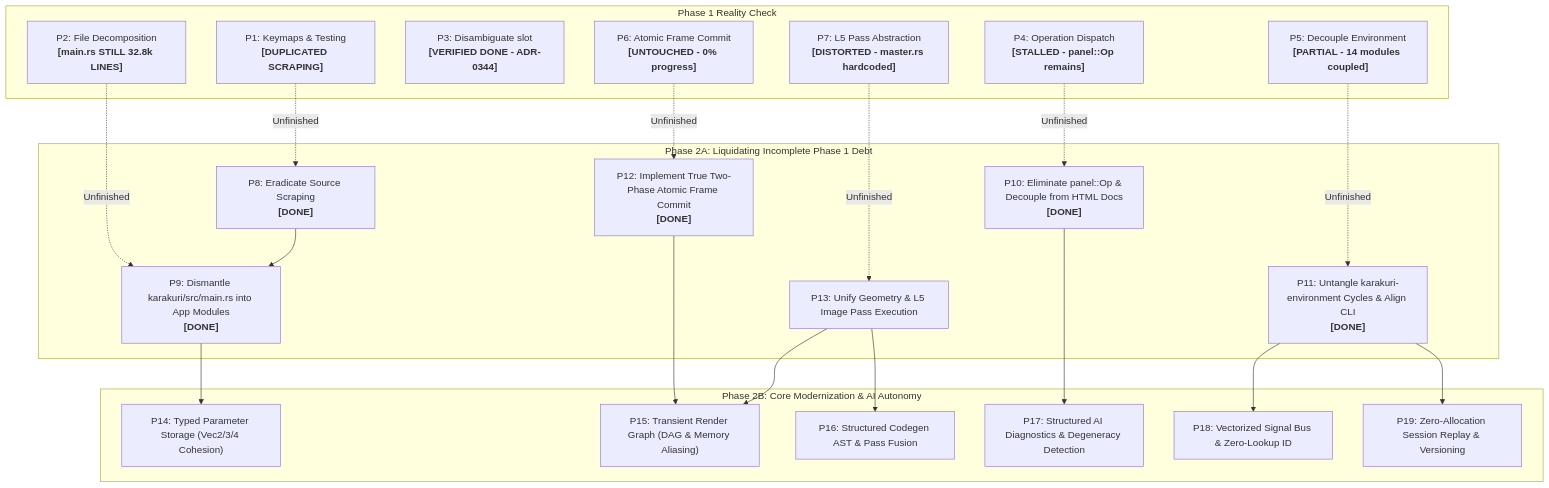
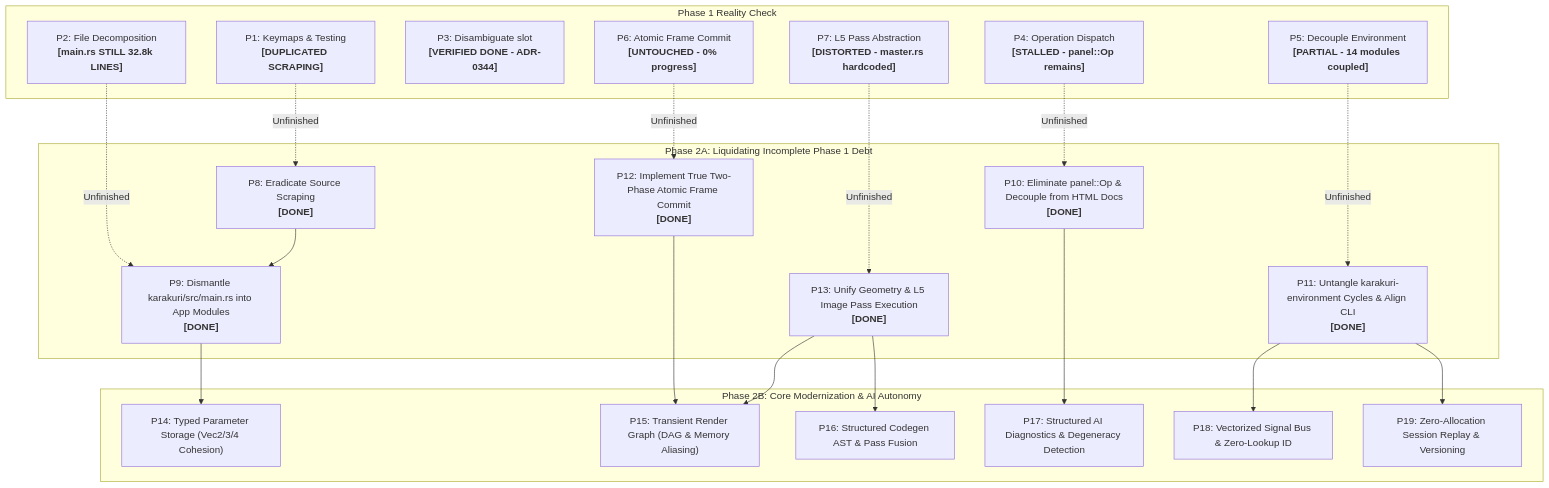
The diagram in docs/refactoring.md (toyoshim-i/Karakuri), drawn with Mermaid before and after one commit. The commit also changed other lines of this file and 6 other files, not shown here.

First line of the commit message:
refactor(engine): unify geometry and L5 image pass execution (P13)

````diff
--- a/docs/refactoring.md
+++ b/docs/refactoring.md
@@ -26,45 +26,45 @@
 ```mermaid
 graph TD
     subgraph Phase1Reality["Phase 1 Reality Check"]
         P1["P1: Keymaps & Testing<br/><b>[DUPLICATED SCRAPING]</b>"]
         P2["P2: File Decomposition<br/><b>[main.rs STILL 32.8k LINES]</b>"]
         P3["P3: Disambiguate slot<br/><b>[VERIFIED DONE - ADR-0344]</b>"]
         P4["P4: Operation Dispatch<br/><b>[STALLED - panel::Op remains]</b>"]
         P5["P5: Decouple Environment<br/><b>[PARTIAL - 14 modules coupled]</b>"]
         P6["P6: Atomic Frame Commit<br/><b>[UNTOUCHED - 0% progress]</b>"]
         P7["P7: L5 Pass Abstraction<br/><b>[DISTORTED - master.rs hardcoded]</b>"]
     end
 
     subgraph Phase2A["Phase 2A: Liquidating Incomplete Phase 1 Debt"]
         P8["P8: Eradicate Source Scraping<br/><b>[DONE]</b>"]
         P9["P9: Dismantle karakuri/src/main.rs into App Modules<br/><b>[DONE]</b>"]
         P10["P10: Eliminate panel::Op & Decouple from HTML Docs<br/><b>[DONE]</b>"]
         P11["P11: Untangle karakuri-environment Cycles & Align CLI<br/><b>[DONE]</b>"]
         P12["P12: Implement True Two-Phase Atomic Frame Commit<br/><b>[DONE]</b>"]
-        P13["P13: Unify Geometry & L5 Image Pass Execution"]
+        P13["P13: Unify Geometry & L5 Image Pass Execution<br/><b>[DONE]</b>"]
     end
 
     subgraph Phase2B["Phase 2B: Core Modernization & AI Autonomy"]
         P14["P14: Typed Parameter Storage (Vec2/3/4 Cohesion)"]
         P15["P15: Transient Render Graph (DAG & Memory Aliasing)"]
         P16["P16: Structured Codegen AST & Pass Fusion"]
         P17["P17: Structured AI Diagnostics & Degeneracy Detection"]
         P18["P18: Vectorized Signal Bus & Zero-Lookup ID"]
         P19["P19: Zero-Allocation Session Replay & Versioning"]
     end
 
     P1 -.->|Unfinished| P8
     P2 -.->|Unfinished| P9
     P4 -.->|Unfinished| P10
     P5 -.->|Unfinished| P11
     P6 -.->|Unfinished| P12
     P7 -.->|Unfinished| P13
     P8 --> P9
     P9 --> P14
     P12 --> P15
     P13 --> P15
     P13 --> P16
     P10 --> P17
     P11 --> P18
     P11 --> P19
 ```
````
